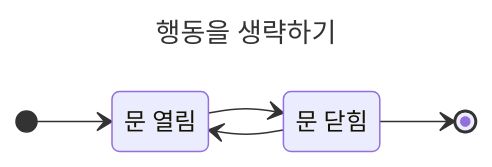
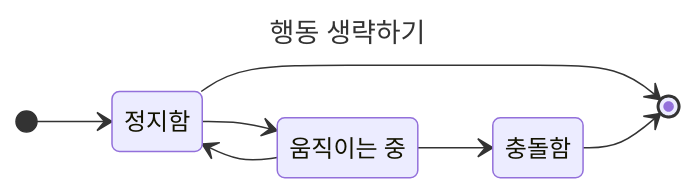
Before and after one commit to choesimin/choesimin.github.io: the sixth of 8 diagrams in _notes/uml/state-diagram.md, drawn with Mermaid. The commit also changed other lines of this file and 2 other files, not shown here.

````diff
--- a/_notes/uml/state-diagram.md
+++ b/_notes/uml/state-diagram.md
@@ -154,16 +158,20 @@
 ```mermaid
 ---
-title: 행동을 생략하기
+title: 행동 생략하기
 ---
 
 stateDiagram-v2
 direction LR
 
-state "문 열림" as opened
-state "문 닫힘" as closed
+state "정지함" as still
+state "움직이는 중" as moving
+state "충돌함" as crash
 
-[*] --> opened
-opened --> closed
-closed --> opened
-closed --> [*]
+[*] --> still
+still --> [*]
+
+still --> moving
+moving --> still
+moving --> crash
+crash --> [*]
 ```
````
